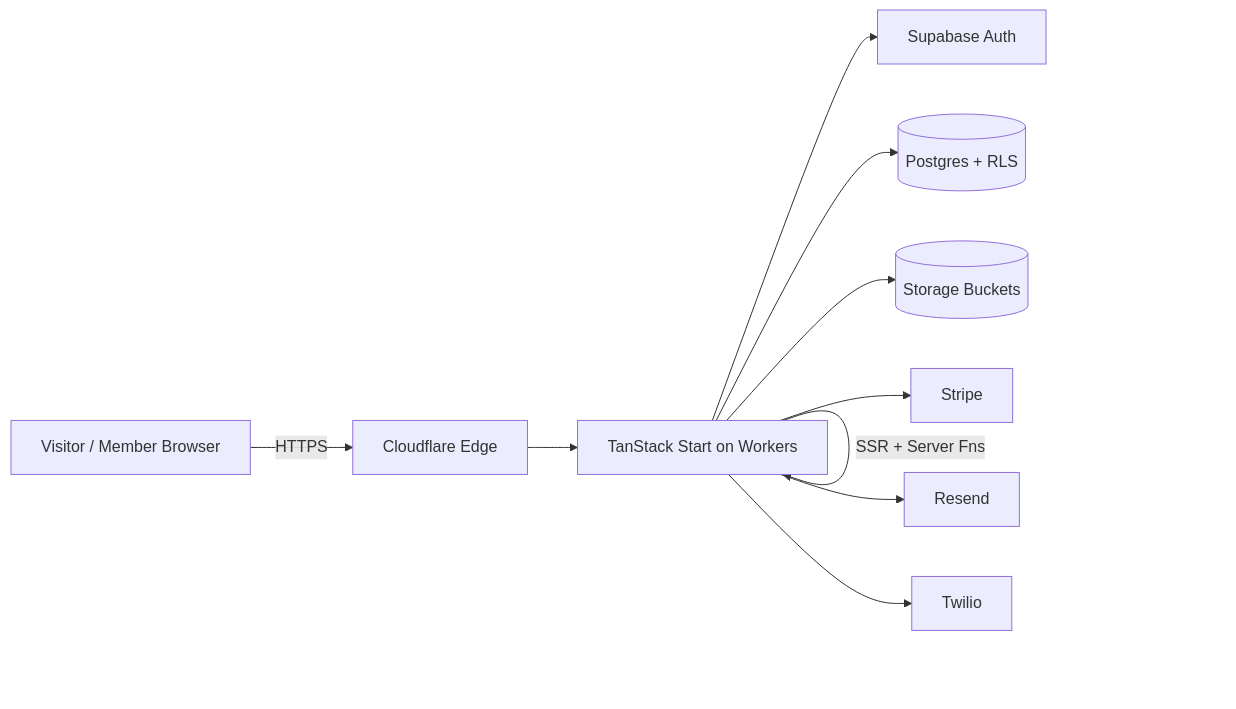
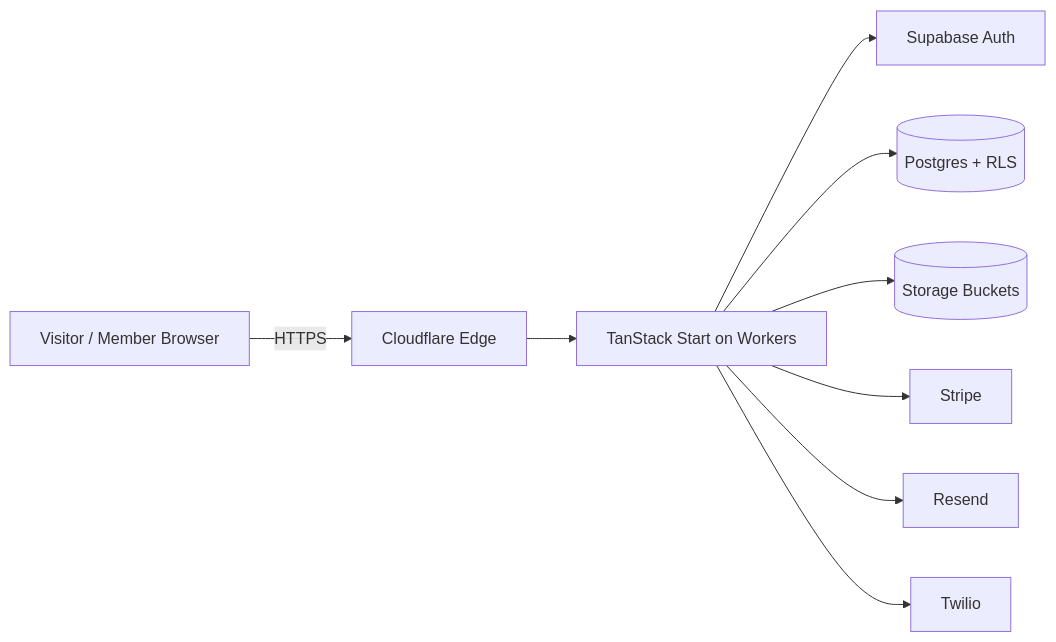
Before and after one commit to tcodes27/b.marc-wellness-hub: the first of 11 diagrams in README.md, drawn with Mermaid.

````diff
--- a/README.md
+++ b/README.md
@@ -658,22 +658,21 @@
 ```mermaid
 flowchart LR
   Visitor[Visitor / Member Browser]
   CDN[Cloudflare Edge]
   Worker[TanStack Start on Workers]
   SupaAuth[Supabase Auth]
   SupaDB[(Postgres + RLS)]
   SupaStorage[(Storage Buckets)]
   Stripe[Stripe]
   Resend[Resend]
   Twilio[Twilio]
 
   Visitor -->|HTTPS| CDN
   CDN --> Worker
-  Worker -->|SSR + Server Fns| Worker
   Worker --> SupaAuth
   Worker --> SupaDB
   Worker --> SupaStorage
   Worker --> Stripe
   Worker --> Resend
   Worker --> Twilio
 ```
````
